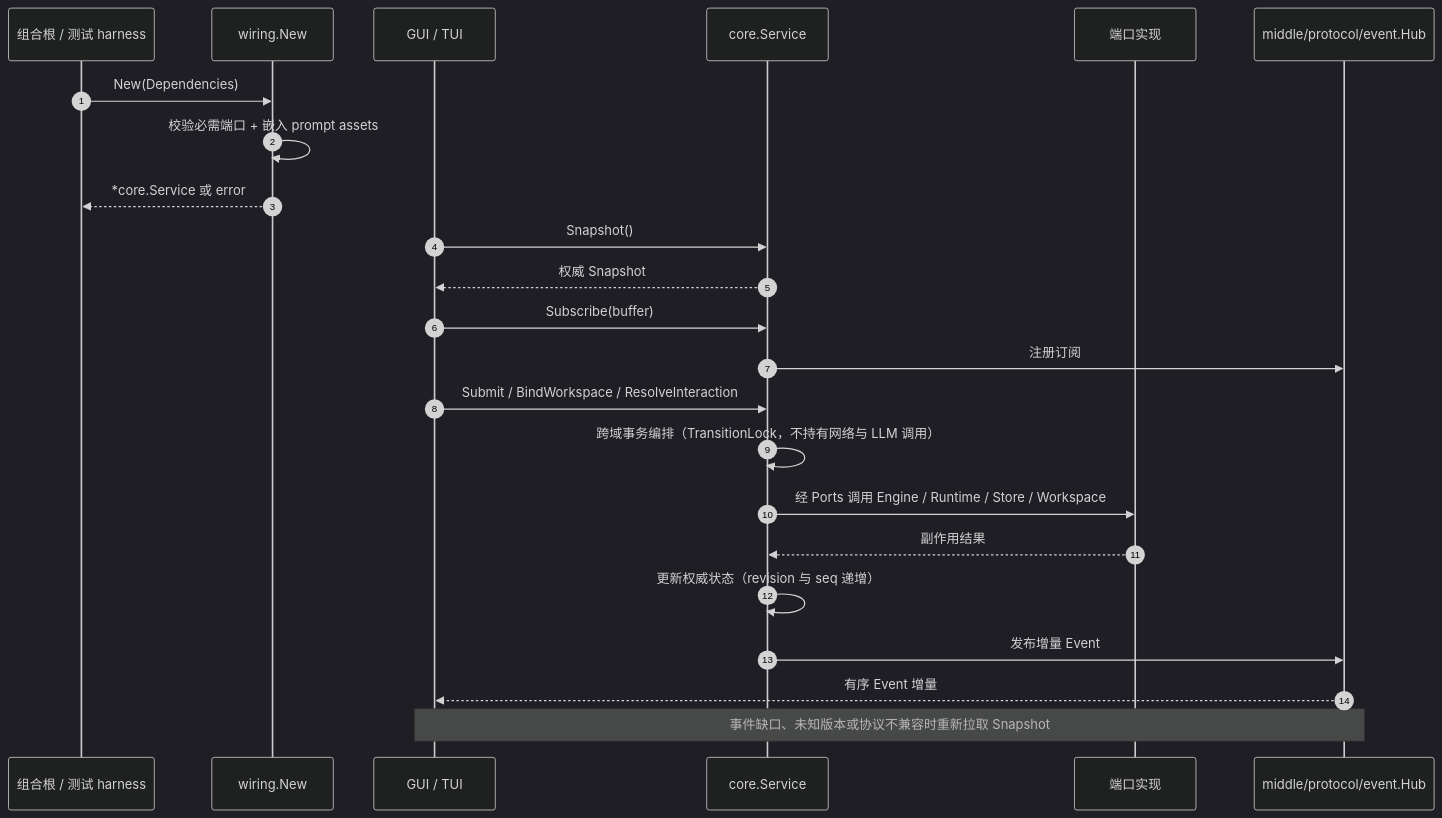
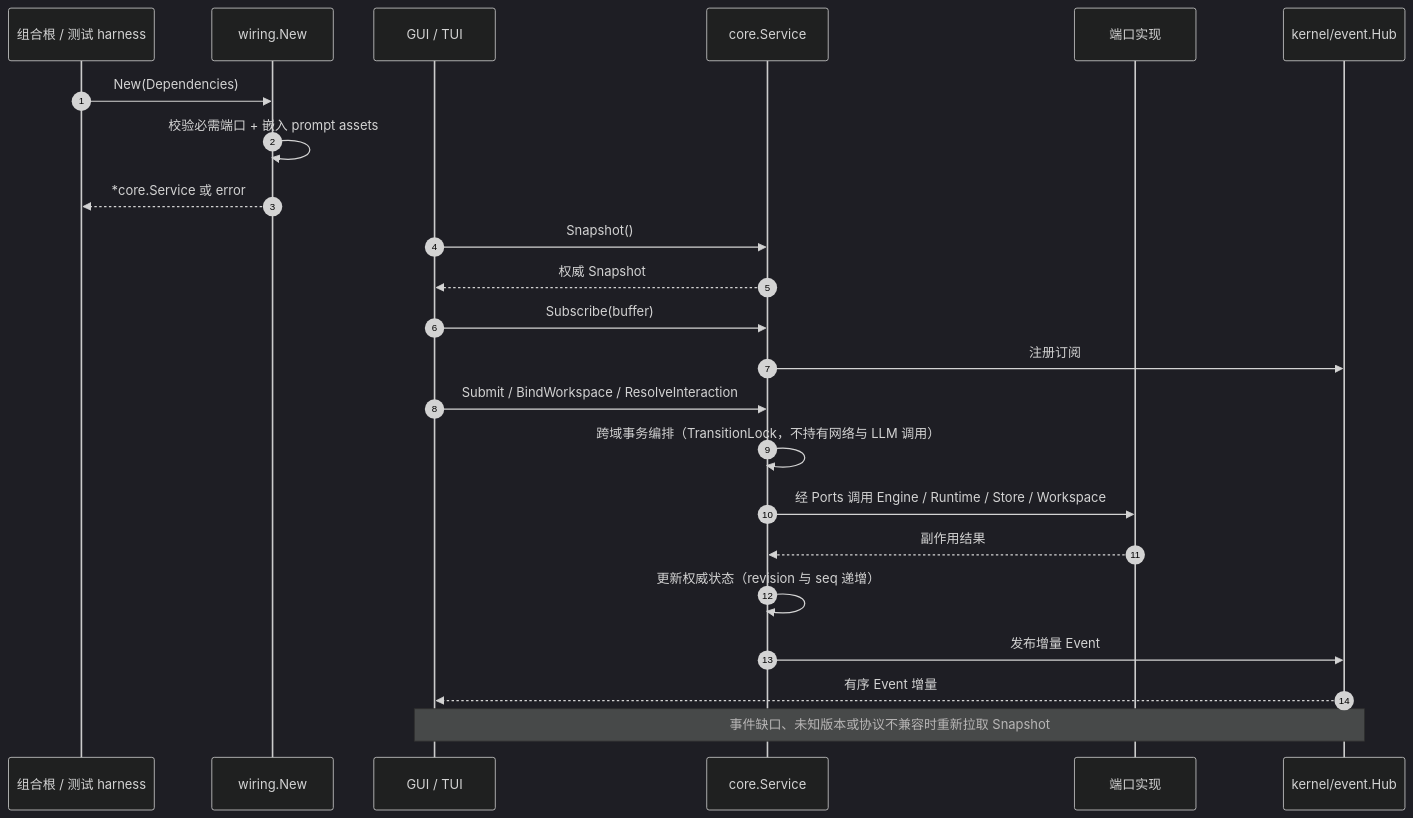
The third of 5 diagrams in application/README.md (RedHuang-0622/seelex), drawn with Mermaid (dark theme) before and after one commit. The commit also changed other lines of this file and 43 other files, not shown here.

````diff
--- a/application/README.md
+++ b/application/README.md
@@ -894,28 +894,28 @@
 ```mermaid
 sequenceDiagram
     autonumber
     participant H as 组合根 / 测试 harness
     participant A as wiring.New
     participant F as GUI / TUI
     participant S as core.Service
     participant P as 端口实现
-    participant E as middle/protocol/event.Hub
+    participant E as kernel/event.Hub
 
     H->>A: New(Dependencies)
     A->>A: 校验必需端口 + 嵌入 prompt assets
     A-->>H: *core.Service 或 error
 
     F->>S: Snapshot()
     S-->>F: 权威 Snapshot
     F->>S: Subscribe(buffer)
     S->>E: 注册订阅
 
     F->>S: Submit / BindWorkspace / ResolveInteraction
     S->>S: 跨域事务编排（TransitionLock，不持有网络与 LLM 调用）
     S->>P: 经 Ports 调用 Engine / Runtime / Store / Workspace
     P-->>S: 副作用结果
     S->>S: 更新权威状态（revision 与 seq 递增）
     S->>E: 发布增量 Event
     E-->>F: 有序 Event 增量
     Note over F,E: 事件缺口、未知版本或协议不兼容时重新拉取 Snapshot
 ```
````
